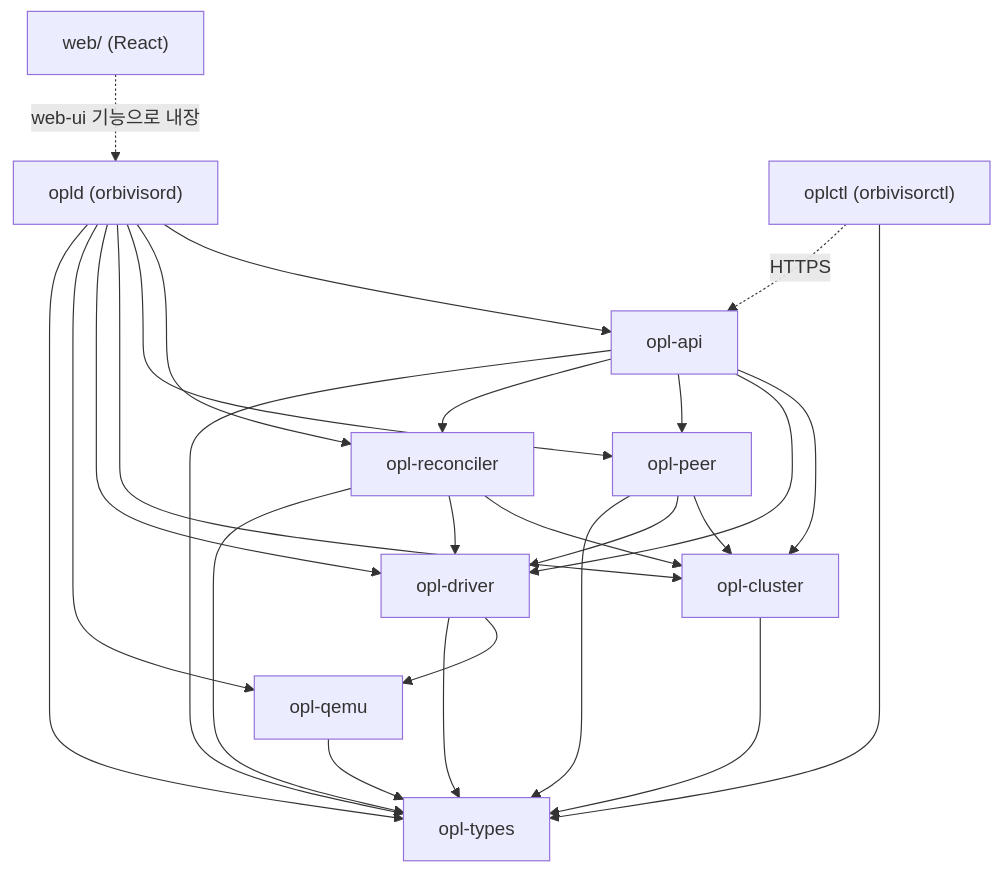
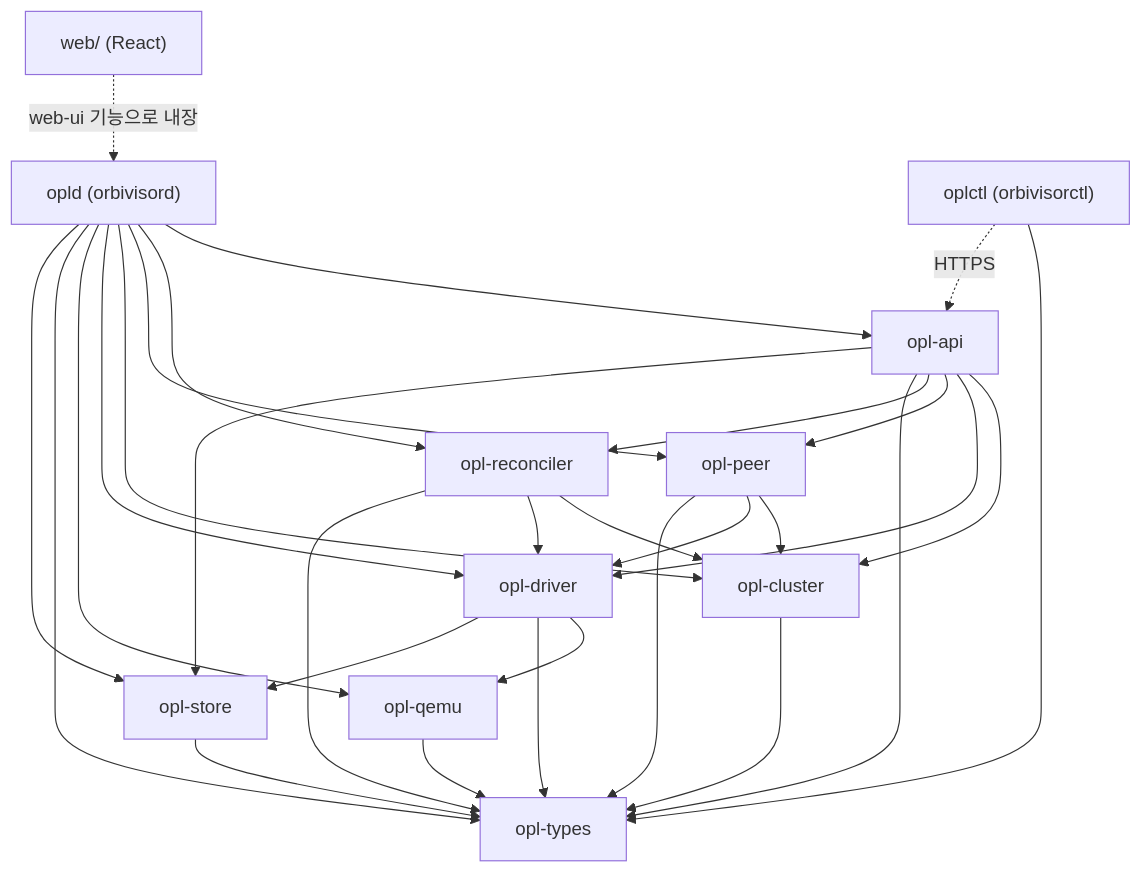
The first of 16 diagrams in docs/architecture.md (gaiger777/opLite), drawn with Mermaid before and after one commit. The commit also changed other lines of this file and 10 other files, not shown here.

````diff
--- a/docs/architecture.md
+++ b/docs/architecture.md
@@ -79,29 +81,33 @@
 ```mermaid
 graph TD
   types[opl-types]
   qemu[opl-qemu] --> types
+  store[opl-store] --> types
   cluster[opl-cluster] --> types
   driver[opl-driver] --> qemu
   driver --> types
+  driver --> store
   peer[opl-peer] --> cluster
   peer --> driver
   peer --> types
   rec[opl-reconciler] --> cluster
   rec --> driver
   rec --> types
   api[opl-api] --> cluster
   api --> driver
   api --> peer
   api --> rec
   api --> types
+  api --> store
   opld["opld (orbivisord)"] --> api
   opld --> rec
   opld --> peer
   opld --> cluster
   opld --> driver
   opld --> qemu
   opld --> types
+  opld --> store
   ctl["oplctl (orbivisorctl)"] --> types
   web["web/ (React)"] -. "web-ui 기능으로 내장" .-> opld
   ctl -. HTTPS .-> api
 ```
````
